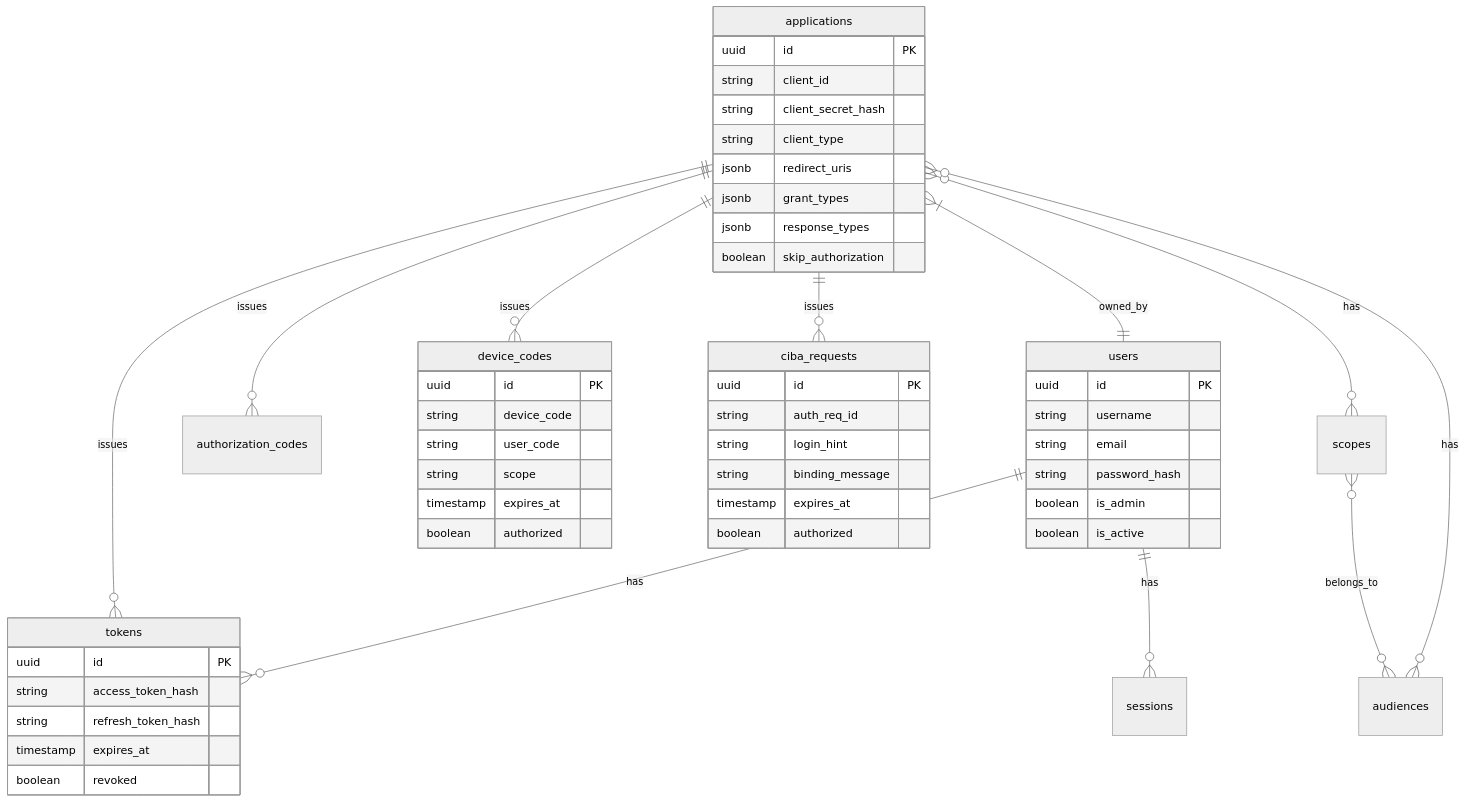
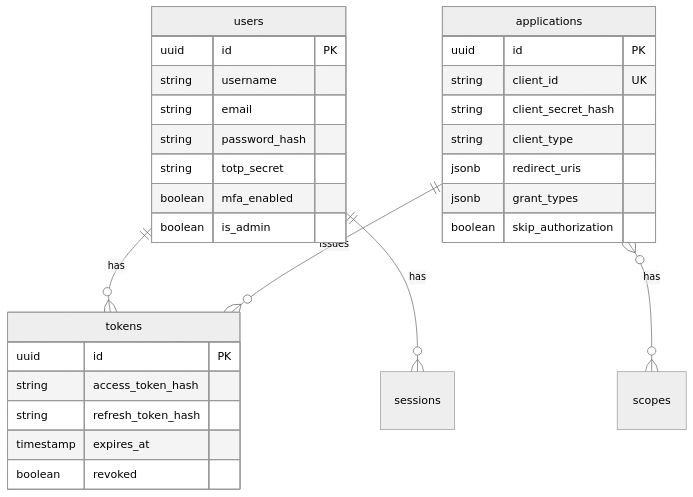
The diagram in backend/README.md (royzah/OryxID), drawn with Mermaid (neutral theme) before and after one commit. The commit also changed other lines of this file and 5 other files, not shown here.

````diff
--- a/backend/README.md
+++ b/backend/README.md
@@ -363,59 +136,35 @@
 ```mermaid
 erDiagram
     users ||--o{ tokens : has
     users ||--o{ sessions : has
     applications ||--o{ tokens : issues
-    applications ||--o{ authorization_codes : issues
-    applications ||--o{ device_codes : issues
-    applications ||--o{ ciba_requests : issues
-    applications }|--|| users : owned_by
     applications }o--o{ scopes : has
-    applications }o--o{ audiences : has
-    scopes }o--o{ audiences : belongs_to
 
     users {
         uuid id PK
         string username
         string email
         string password_hash
+        string totp_secret
+        boolean mfa_enabled
         boolean is_admin
-        boolean is_active
     }
 
     applications {
         uuid id PK
-        string client_id
+        string client_id UK
         string client_secret_hash
         string client_type
         jsonb redirect_uris
         jsonb grant_types
-        jsonb response_types
         boolean skip_authorization
     }
 
     tokens {
         uuid id PK
         string access_token_hash
         string refresh_token_hash
         timestamp expires_at
         boolean revoked
     }
-
-    device_codes {
-        uuid id PK
-        string device_code
-        string user_code
-        string scope
-        timestamp expires_at
-        boolean authorized
-    }
-
-    ciba_requests {
-        uuid id PK
-        string auth_req_id
-        string login_hint
-        string binding_message
-        timestamp expires_at
-        boolean authorized
-    }
 ```
````
